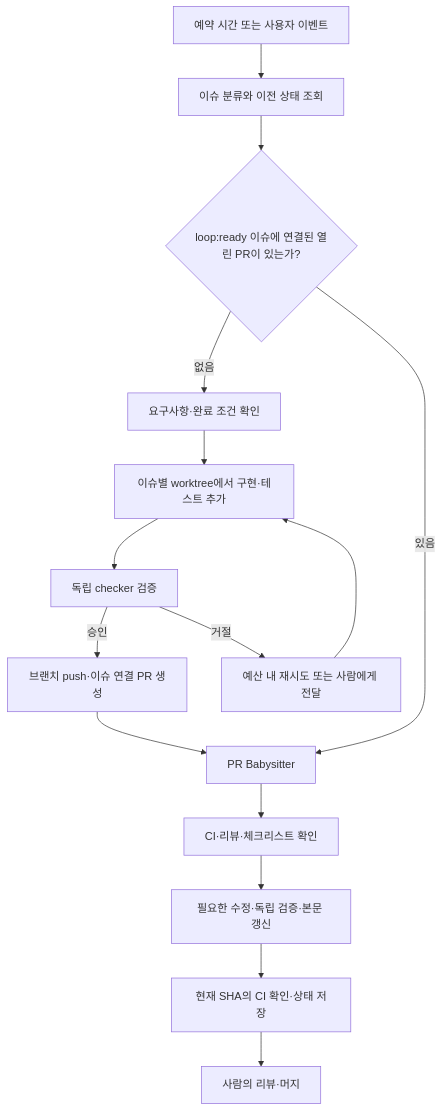
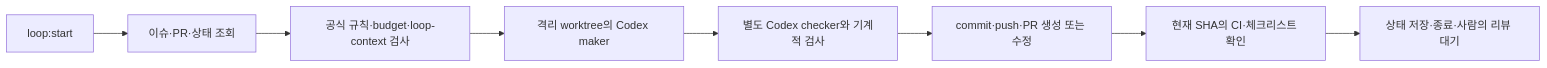
Before and after one commit to charmeee/loop-test2: the diagram in README.md, drawn with Mermaid. The commit also changed other lines of this file and 57 other files, not shown here.

````diff
--- a/README.md
+++ b/README.md
@@ -38,17 +36,10 @@
 ```mermaid
-flowchart TD
-  A[예약 시간 또는 사용자 이벤트] --> B[이슈 분류와 이전 상태 조회]
-  B --> C{loop:ready 이슈에 연결된 열린 PR이 있는가?}
-  C -- 없음 --> D[요구사항·완료 조건 확인]
-  D --> E[이슈별 worktree에서 구현·테스트 추가]
-  E --> F[독립 checker 검증]
-  F -- 승인 --> G[브랜치 push·이슈 연결 PR 생성]
-  F -- 거절 --> H[예산 내 재시도 또는 사람에게 전달]
-  H --> E
-  C -- 있음 --> I[PR Babysitter]
-  G --> I
-  I --> J[CI·리뷰·체크리스트 확인]
-  J --> K[필요한 수정·독립 검증·본문 갱신]
-  K --> L[현재 SHA의 CI 확인·상태 저장]
-  L --> M[사람의 리뷰·머지]
+flowchart LR
+  A[loop:start] --> B[이슈·PR·상태 조회]
+  B --> C[공식 규칙·budget·loop-context 검사]
+  C --> D[격리 worktree의 Codex maker]
+  D --> E[별도 Codex checker와 기계적 검사]
+  E --> F[commit·push·PR 생성 또는 수정]
+  F --> G[현재 SHA의 CI·체크리스트 확인]
+  G --> H[상태 저장·종료·사람의 리뷰 대기]
 ```
````
